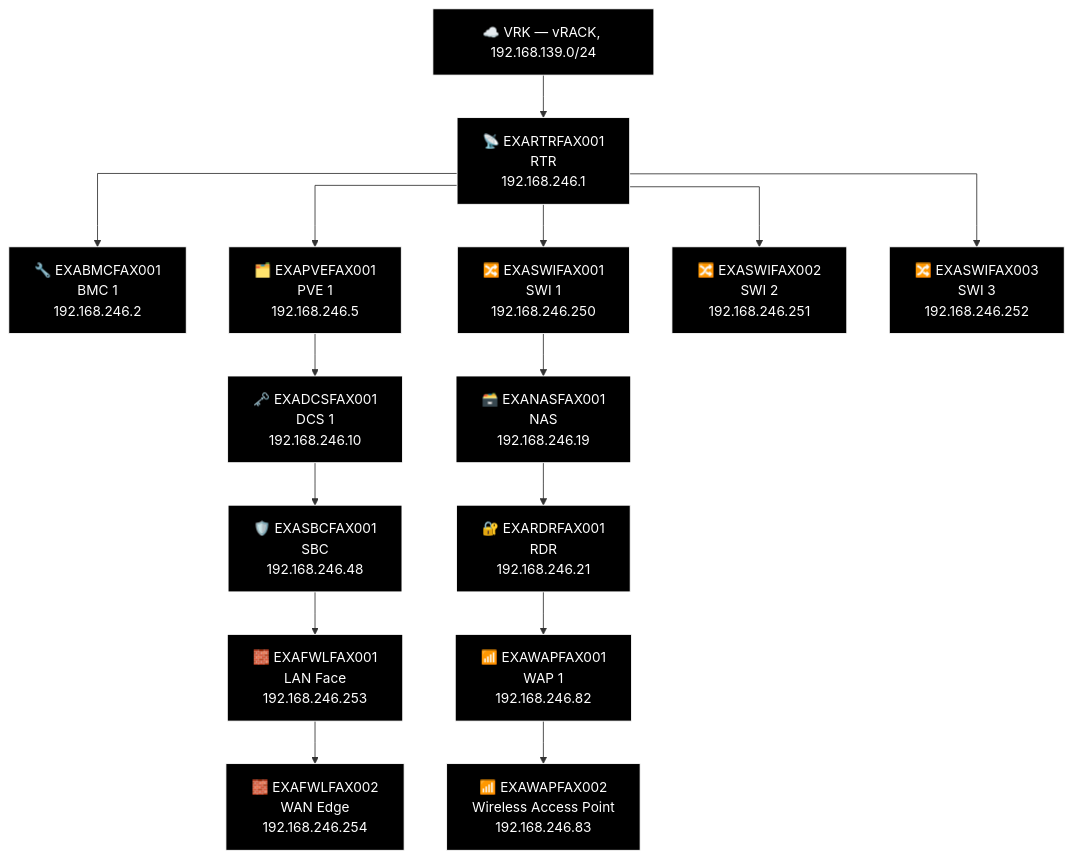
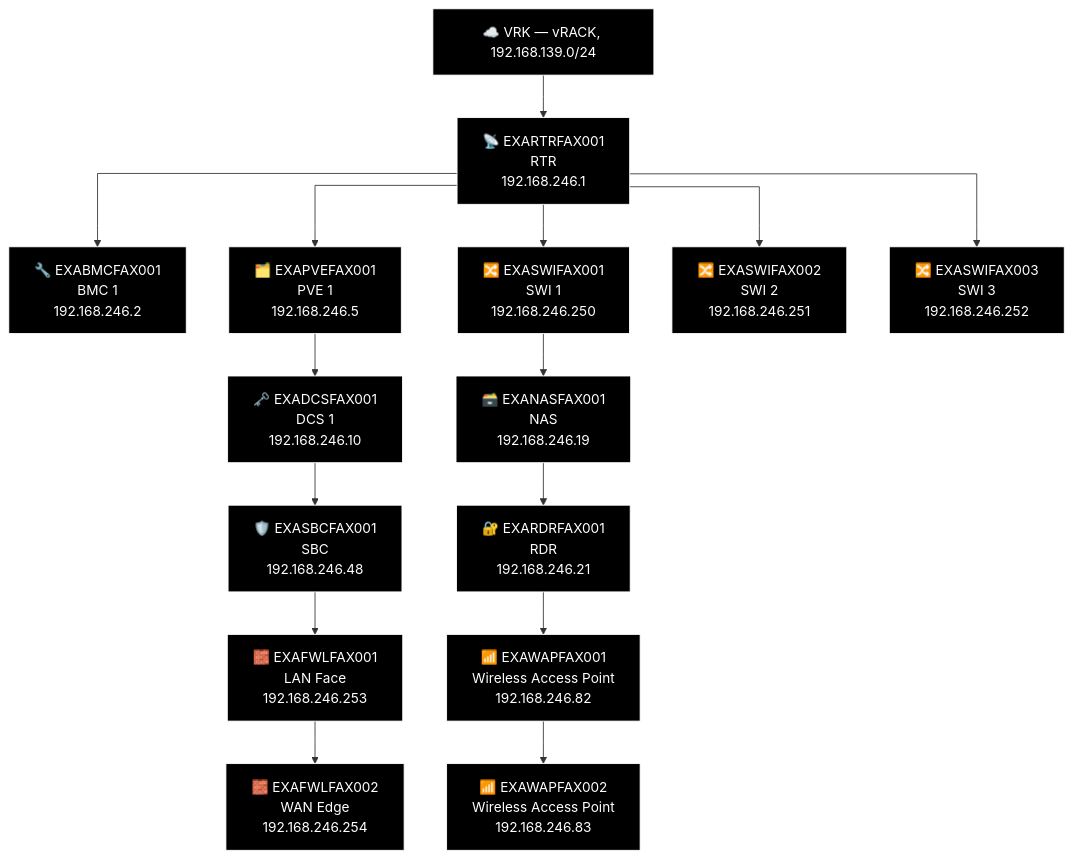
Diagram 11 of 23 in docs/network-diagram/danmark.md (knightmare2600/example_music_infra), drawn with Mermaid before and after one commit. The commit also changed other lines of this file and 36 other files, not shown here.

````diff
--- a/docs/network-diagram/danmark.md
+++ b/docs/network-diagram/danmark.md
@@ -511,44 +511,44 @@
 ```mermaid
 %% GENERATED:TOPOLOGY:FAX:START
 %%{init: {'flowchart': {'curve': 'stepAfter'}}}%%
 graph TD
     T_VRK["☁️ VRK — vRACK, 192.168.139.0/24"]
     T_RTR["📡 EXARTRFAX001<br/>RTR<br/>192.168.246.1"]
     T_VRK --> T_RTR
     T_BMC["🔧 EXABMCFAX001<br/>BMC 1<br/>192.168.246.2"]
     T_RTR --> T_BMC
     T_PVE["🗂️ EXAPVEFAX001<br/>PVE 1<br/>192.168.246.5"]
     T_RTR --> T_PVE
     T_SWI["🔀 EXASWIFAX001<br/>SWI 1<br/>192.168.246.250"]
     T_RTR --> T_SWI
     T_SWI2["🔀 EXASWIFAX002<br/>SWI 2<br/>192.168.246.251"]
     T_RTR --> T_SWI2
     T_SWI3["🔀 EXASWIFAX003<br/>SWI 3<br/>192.168.246.252"]
     T_RTR --> T_SWI3
     T_NAS["🗃️ EXANASFAX001<br/>NAS<br/>192.168.246.19"]
     T_RDR["🔐 EXARDRFAX001<br/>RDR<br/>192.168.246.21"]
-    T_WAP["📶 EXAWAPFAX001<br/>WAP 1<br/>192.168.246.82"]
+    T_WAP["📶 EXAWAPFAX001<br/>Wireless Access Point<br/>192.168.246.82"]
     T_WAP2["📶 EXAWAPFAX002<br/>Wireless Access Point<br/>192.168.246.83"]
     T_SWI --> T_NAS --> T_RDR --> T_WAP --> T_WAP2
     T_DCS["🗝️ EXADCSFAX001<br/>DCS 1<br/>192.168.246.10"]
     T_SBC["🛡️ EXASBCFAX001<br/>SBC<br/>192.168.246.48"]
     T_FWL["🧱 EXAFWLFAX001<br/>LAN Face<br/>192.168.246.253"]
     T_FWL2["🧱 EXAFWLFAX002<br/>WAN Edge<br/>192.168.246.254"]
     T_PVE --> T_DCS --> T_SBC --> T_FWL --> T_FWL2
     style T_VRK fill:#000000,stroke:#FFFFFF,color:#FFFFFF
     style T_RTR fill:#000000,stroke:#FFFFFF,color:#FFFFFF
     style T_BMC fill:#000000,stroke:#FFFFFF,color:#FFFFFF
     style T_PVE fill:#000000,stroke:#FFFFFF,color:#FFFFFF
     style T_SWI fill:#000000,stroke:#FFFFFF,color:#FFFFFF
     style T_SWI2 fill:#000000,stroke:#FFFFFF,color:#FFFFFF
     style T_SWI3 fill:#000000,stroke:#FFFFFF,color:#FFFFFF
     style T_NAS fill:#000000,stroke:#FFFFFF,color:#FFFFFF
     style T_RDR fill:#000000,stroke:#FFFFFF,color:#FFFFFF
     style T_WAP fill:#000000,stroke:#FFFFFF,color:#FFFFFF
     style T_WAP2 fill:#000000,stroke:#FFFFFF,color:#FFFFFF
     style T_DCS fill:#000000,stroke:#FFFFFF,color:#FFFFFF
     style T_SBC fill:#000000,stroke:#FFFFFF,color:#FFFFFF
     style T_FWL fill:#000000,stroke:#FFFFFF,color:#FFFFFF
     style T_FWL2 fill:#000000,stroke:#FFFFFF,color:#FFFFFF
 %% GENERATED:TOPOLOGY:FAX:END
 ```
````
